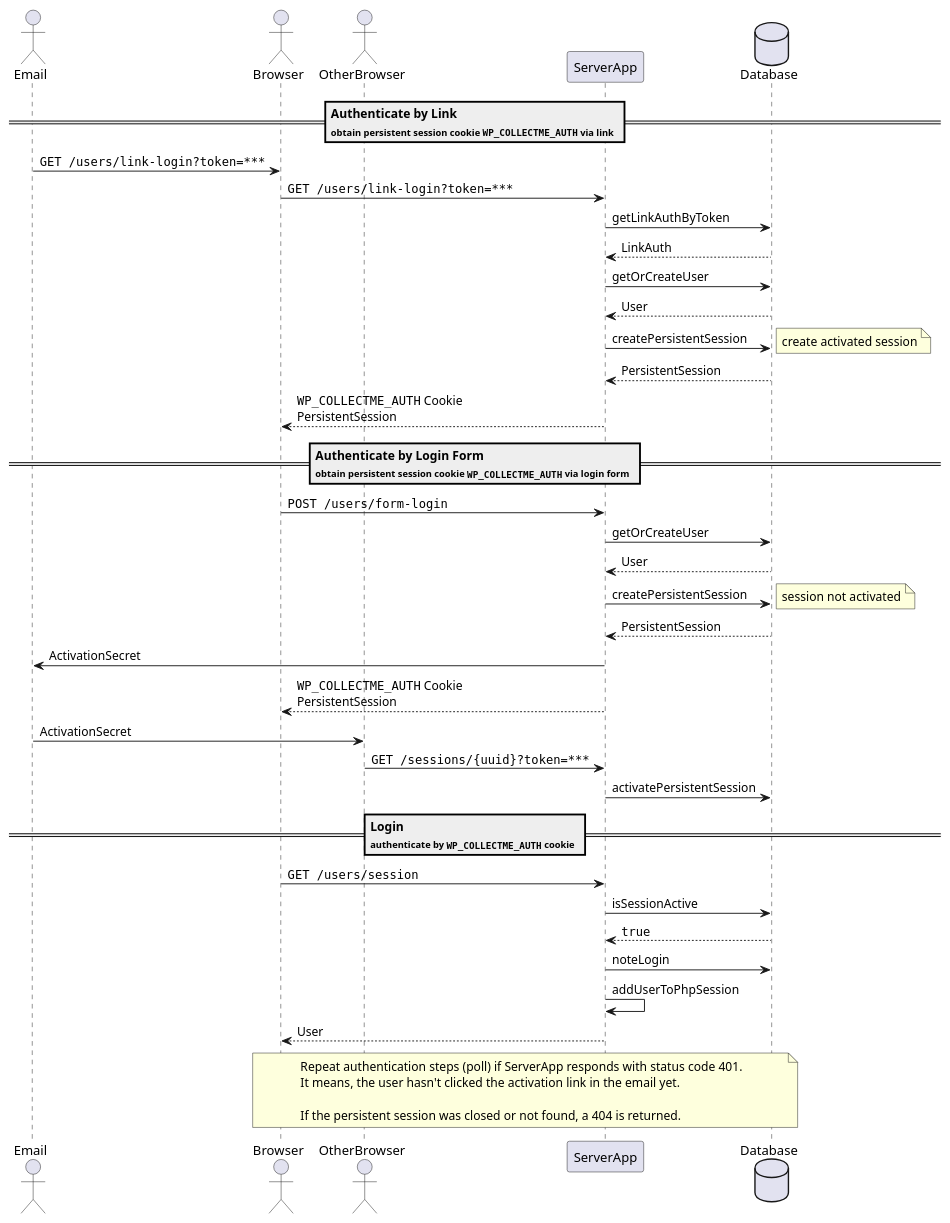
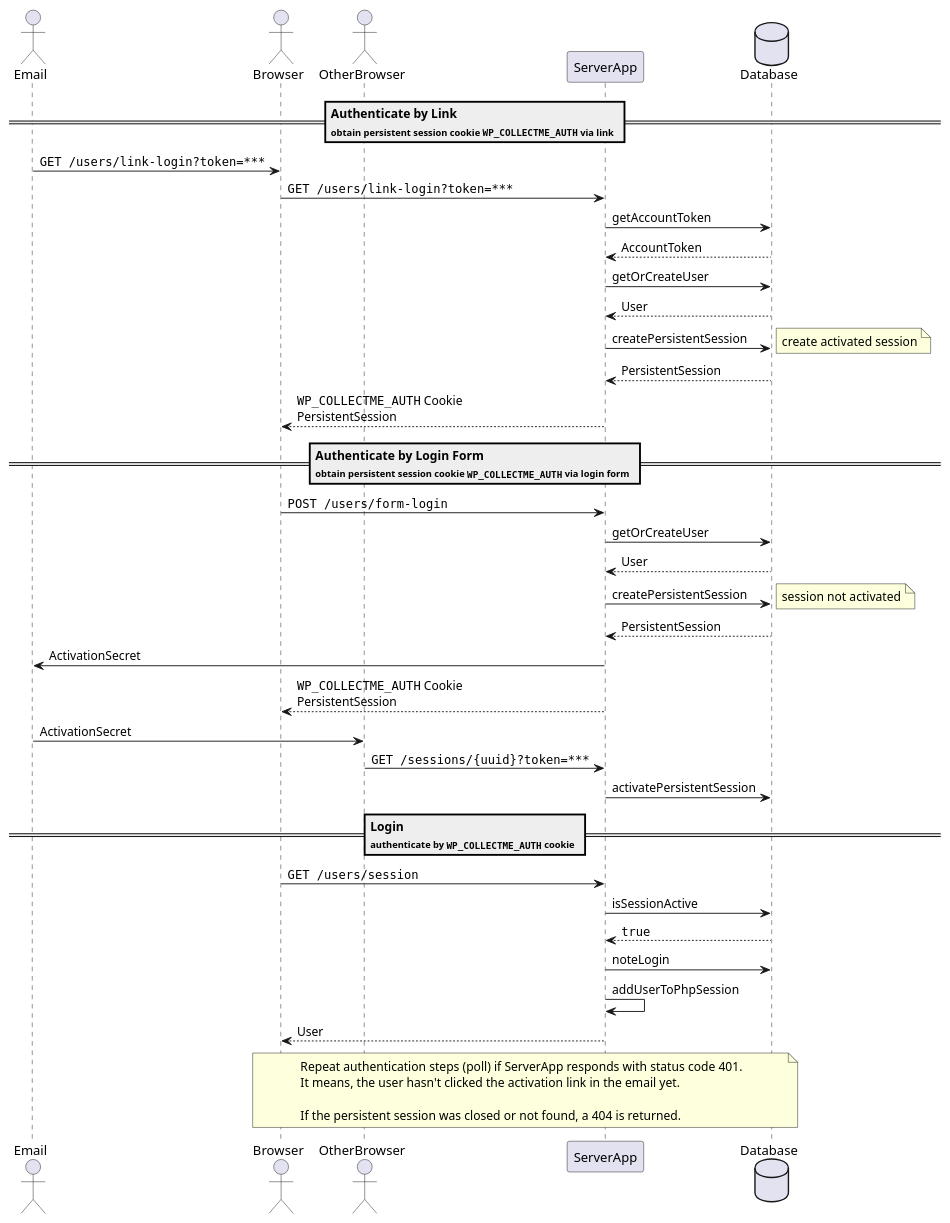
Before and after one commit to grueneschweiz/collectme: the diagram in docs/uml/login-flow.puml, drawn with PlantUML.

Commit message:
[REFACTOR] Account instead of login token

```diff
--- a/docs/uml/login-flow.puml
+++ b/docs/uml/login-flow.puml
@@ -1,48 +1,48 @@
 @startuml
 Actor Email
 Actor Browser
 Actor OtherBrowser
 Participant ServerApp
 Database Database
 
 
 == Authenticate by Link\n<size:10>obtain persistent session cookie ""WP_COLLECTME_AUTH"" via link</size> ==
 Email -> Browser : ""GET /users/link-login?token=***""
 Browser -> ServerApp : ""GET /users/link-login?token=***""
-ServerApp -> Database : getLinkAuthByToken
-Database --> ServerApp : LinkAuth
+ServerApp -> Database : getAccountToken
+Database --> ServerApp : AccountToken
 ServerApp -> Database  : getOrCreateUser
 Database --> ServerApp : User
 ServerApp -> Database  : createPersistentSession
 note right: create activated session
 Database --> ServerApp : PersistentSession
 ServerApp --> Browser  : ""WP_COLLECTME_AUTH"" Cookie\nPersistentSession
 
 == Authenticate by Login Form\n<size:10>obtain persistent session cookie ""WP_COLLECTME_AUTH"" via login form</size> ==
 Browser -> ServerApp   : ""POST /users/form-login""
 ServerApp -> Database  : getOrCreateUser
 Database --> ServerApp : User
 ServerApp -> Database  : createPersistentSession
 note right: session not activated
 Database --> ServerApp : PersistentSession
 ServerApp -> Email     : ActivationSecret
 ServerApp --> Browser  : ""WP_COLLECTME_AUTH"" Cookie\nPersistentSession
 Email -> OtherBrowser  : ActivationSecret
 OtherBrowser -> ServerApp: ""GET /sessions/{uuid}?token=***""
 ServerApp -> Database  : activatePersistentSession
 
 == Login\n<size:10>authenticate by ""WP_COLLECTME_AUTH"" cookie</size> ==
 Browser -> ServerApp : ""GET /users/session""
 ServerApp -> Database : isSessionActive
 Database --> ServerApp : ""true""
 ServerApp -> Database : noteLogin
 ServerApp -> ServerApp : addUserToPhpSession
 ServerApp --> Browser : User
 
 note over Browser, Database
 Repeat authentication steps (poll) if ServerApp responds with status code 401.
 It means, the user hasn't clicked the activation link in the email yet.
 
 If the persistent session was closed or not found, a 404 is returned.
 end note
 @enduml
```
